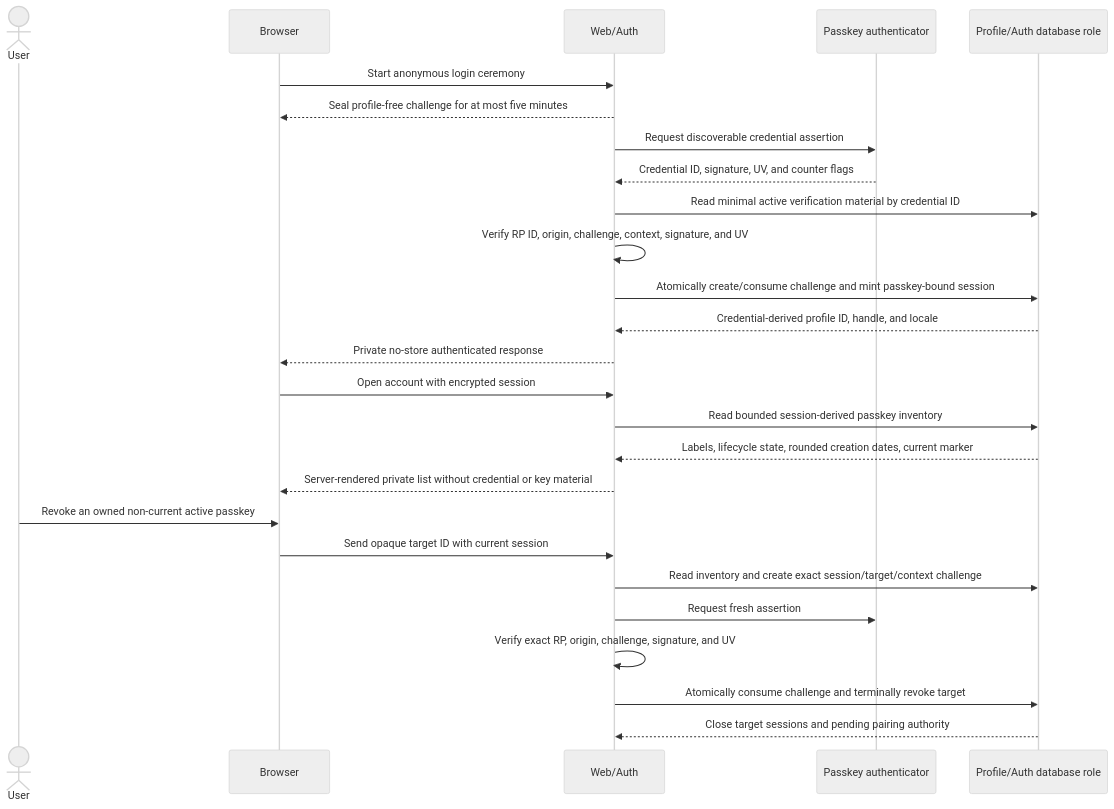
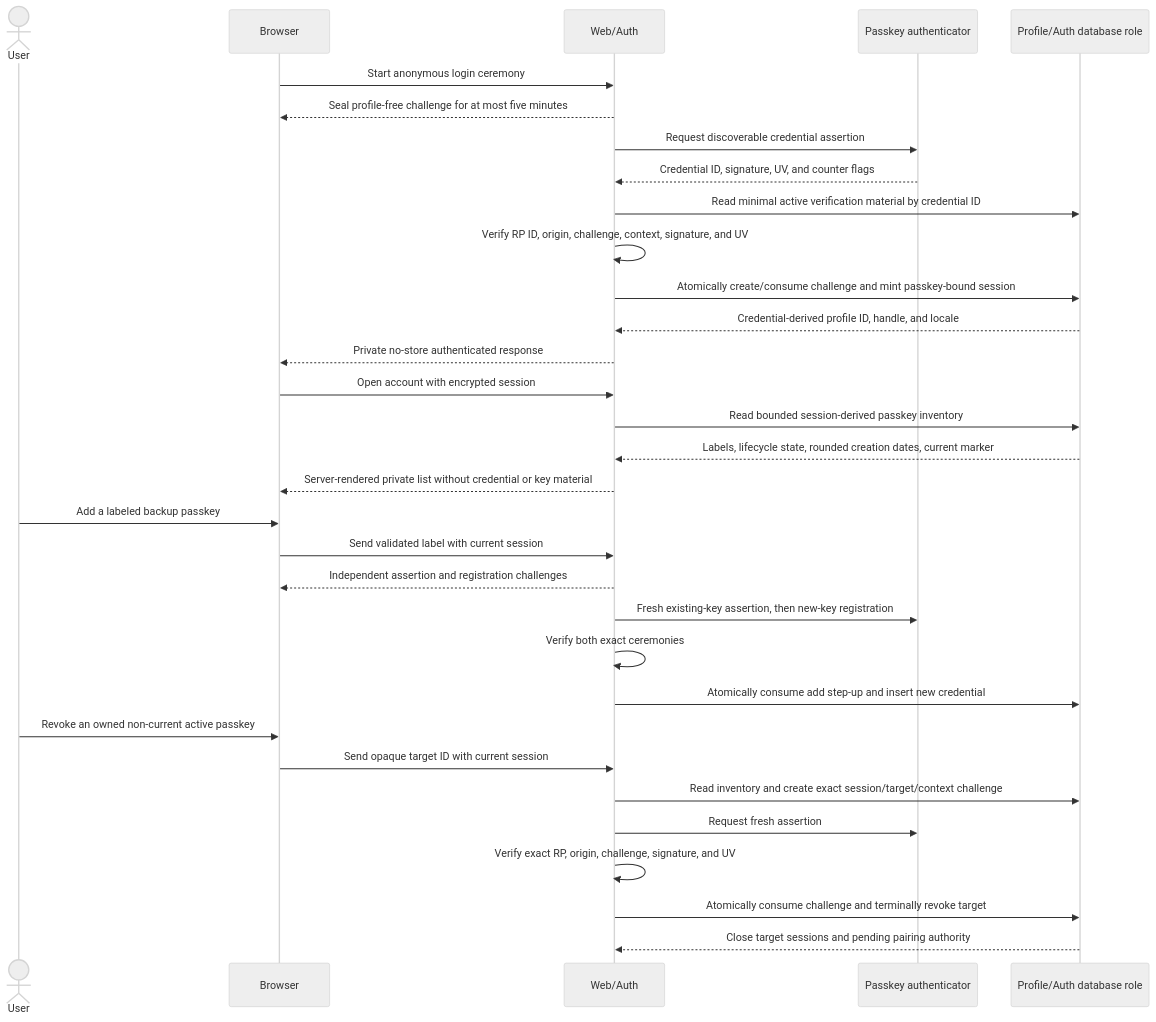
Before and after one commit to Tah10n/viberacing: the second of 9 diagrams in docs/architecture/DATA_FLOW.md, drawn with Mermaid (neutral theme). The commit also changed other lines of this file and 33 other files, not shown here.

````diff
--- a/docs/architecture/DATA_FLOW.md
+++ b/docs/architecture/DATA_FLOW.md
@@ -93,31 +93,38 @@
 ```mermaid
 sequenceDiagram
   actor User
   participant Browser
   participant Web as Web/Auth
   participant Authenticator as Passkey authenticator
   participant DB as Profile/Auth database role
 
   Browser->>Web: Start anonymous login ceremony
   Web-->>Browser: Seal profile-free challenge for at most five minutes
   Web->>Authenticator: Request discoverable credential assertion
   Authenticator-->>Web: Credential ID, signature, UV, and counter flags
   Web->>DB: Read minimal active verification material by credential ID
   Web->>Web: Verify RP ID, origin, challenge, context, signature, and UV
   Web->>DB: Atomically create/consume challenge and mint passkey-bound session
   DB-->>Web: Credential-derived profile ID, handle, and locale
   Web-->>Browser: Private no-store authenticated response
 
   Browser->>Web: Open account with encrypted session
   Web->>DB: Read bounded session-derived passkey inventory
   DB-->>Web: Labels, lifecycle state, rounded creation dates, current marker
   Web-->>Browser: Server-rendered private list without credential or key material
 
+  User->>Browser: Add a labeled backup passkey
+  Browser->>Web: Send validated label with current session
+  Web-->>Browser: Independent assertion and registration challenges
+  Web->>Authenticator: Fresh existing-key assertion, then new-key registration
+  Web->>Web: Verify both exact ceremonies
+  Web->>DB: Atomically consume add step-up and insert new credential
+
   User->>Browser: Revoke an owned non-current active passkey
   Browser->>Web: Send opaque target ID with current session
   Web->>DB: Read inventory and create exact session/target/context challenge
   Web->>Authenticator: Request fresh assertion
   Web->>Web: Verify exact RP, origin, challenge, signature, and UV
   Web->>DB: Atomically consume challenge and terminally revoke target
   DB-->>Web: Close target sessions and pending pairing authority
 ```
````
